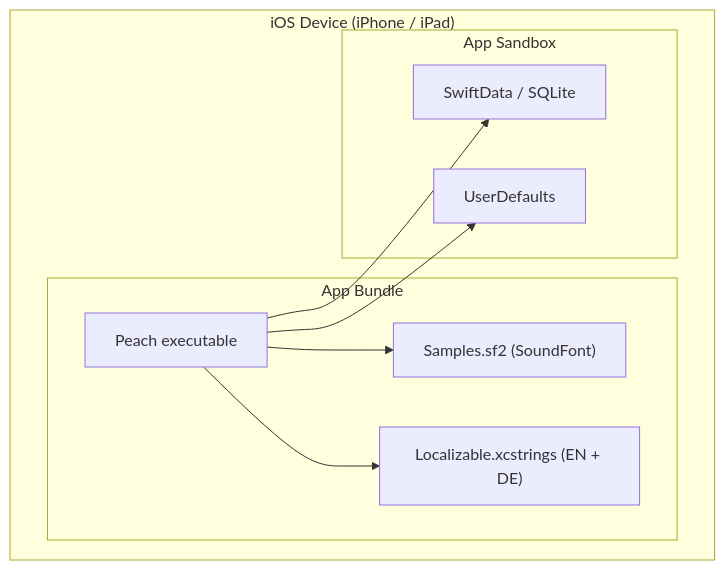
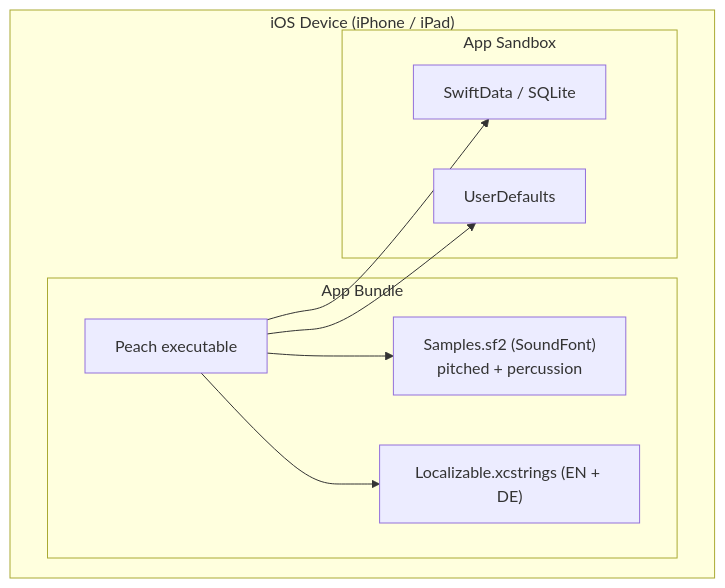
The ninth of 10 diagrams in docs/arc42.md (mschuerig/peach-ios), drawn with Mermaid before and after one commit. The commit also changed other lines of this file, not shown here.

````diff
--- a/docs/arc42.md
+++ b/docs/arc42.md
@@ -286,18 +406,18 @@
 ```mermaid
 graph TB
     subgraph "iOS Device (iPhone / iPad)"
         subgraph "App Bundle"
             Binary["Peach executable"]
-            SF2["Samples.sf2 (SoundFont)"]
+            SF2["Samples.sf2 (SoundFont)<br/>pitched + percussion"]
             Strings["Localizable.xcstrings (EN + DE)"]
         end
 
         subgraph "App Sandbox"
             DB["SwiftData / SQLite"]
             Prefs["UserDefaults"]
         end
     end
 
     Binary --> SF2 & Strings
     Binary --> DB & Prefs
 ```
````
